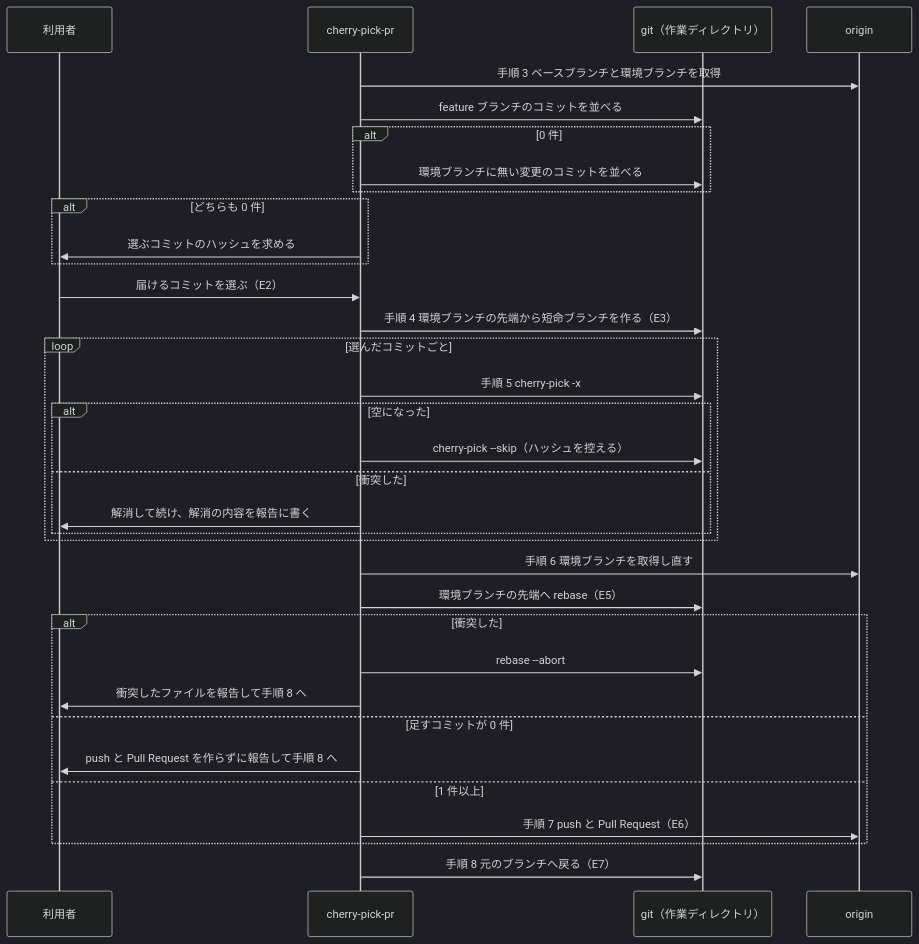
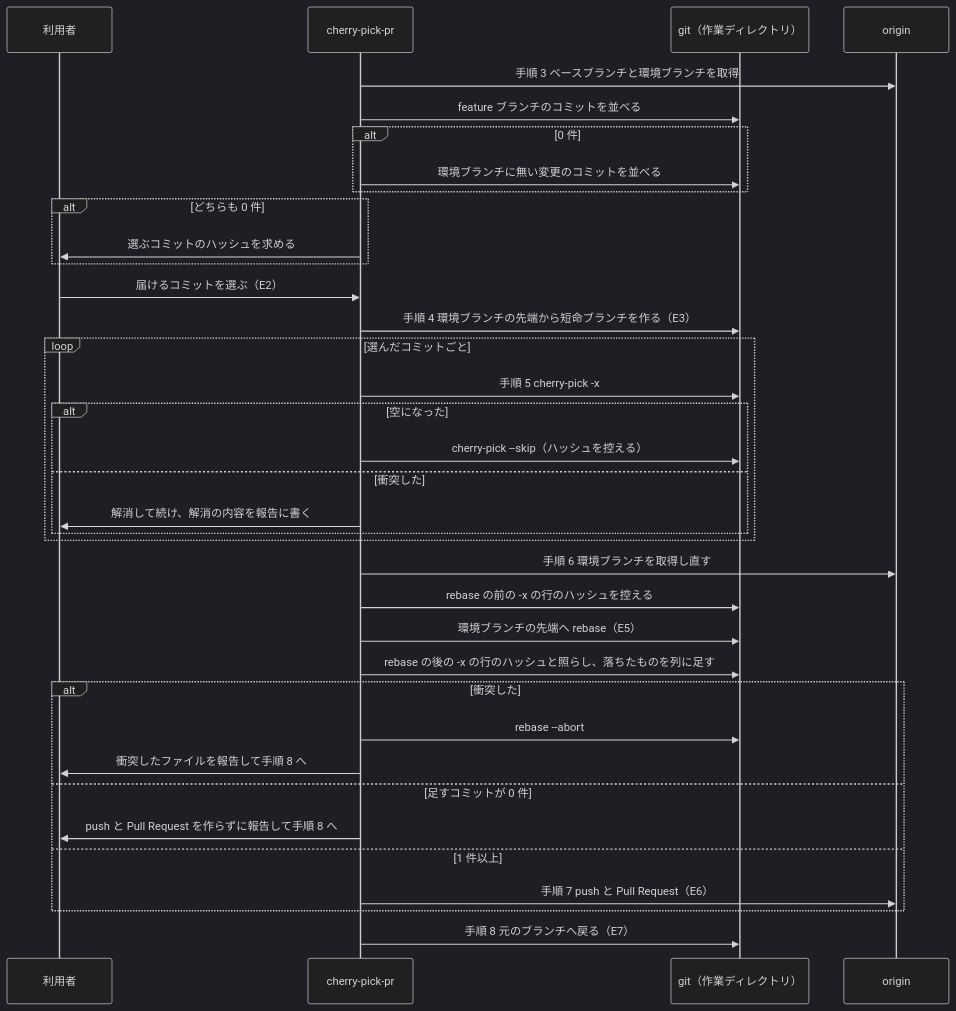
Before and after one commit to devbasex/ai-plugins: the third of 3 diagrams in issues/issue-3503-design.md, drawn with Mermaid (dark theme). The commit also changed other lines of this file, not shown here.

Commit message:
Docs: #3503 の設計のレビューの指摘を直す（rebase で落ちたコミットの報告・deploy との関係・ほかの本文の検索の結果・不変条件の分割）

````diff
--- a/issues/issue-3503-design.md
+++ b/issues/issue-3503-design.md
@@ -172,36 +190,38 @@
 ```mermaid
 sequenceDiagram
   participant U as 利用者
   participant S as cherry-pick-pr
   participant G as git（作業ディレクトリ）
   participant O as origin
   S->>O: 手順 3 ベースブランチと環境ブランチを取得
   S->>G: feature ブランチのコミットを並べる
   alt 0 件
     S->>G: 環境ブランチに無い変更のコミットを並べる
   end
   alt どちらも 0 件
     S->>U: 選ぶコミットのハッシュを求める
   end
   U->>S: 届けるコミットを選ぶ（E2）
   S->>G: 手順 4 環境ブランチの先端から短命ブランチを作る（E3）
   loop 選んだコミットごと
     S->>G: 手順 5 cherry-pick -x
     alt 空になった
       S->>G: cherry-pick --skip（ハッシュを控える）
     else 衝突した
       S->>U: 解消して続け、解消の内容を報告に書く
     end
   end
   S->>O: 手順 6 環境ブランチを取得し直す
+  S->>G: rebase の前の -x の行のハッシュを控える
   S->>G: 環境ブランチの先端へ rebase（E5）
+  S->>G: rebase の後の -x の行のハッシュと照らし、落ちたものを列に足す
   alt 衝突した
     S->>G: rebase --abort
     S->>U: 衝突したファイルを報告して手順 8 へ
   else 足すコミットが 0 件
     S->>U: push と Pull Request を作らずに報告して手順 8 へ
   else 1 件以上
     S->>O: 手順 7 push と Pull Request（E6）
   end
   S->>G: 手順 8 元のブランチへ戻る（E7）
 ```
````
